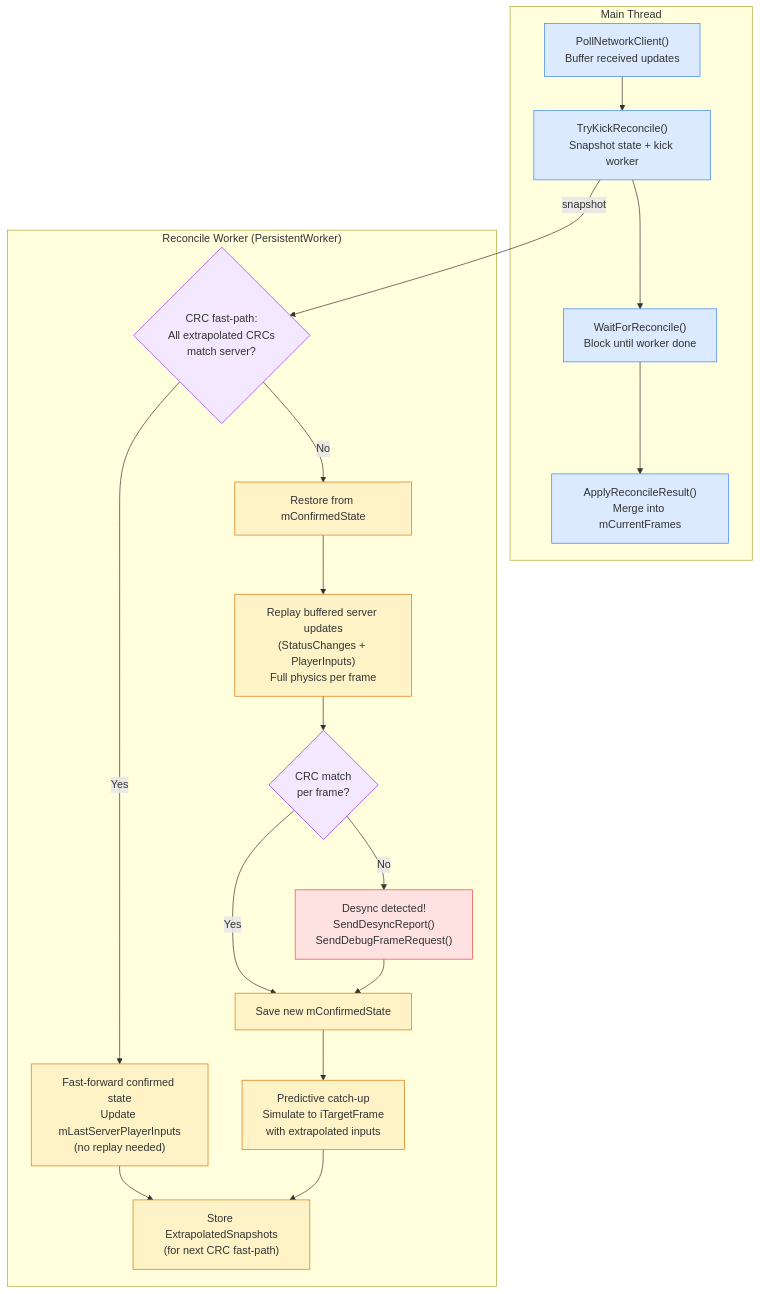
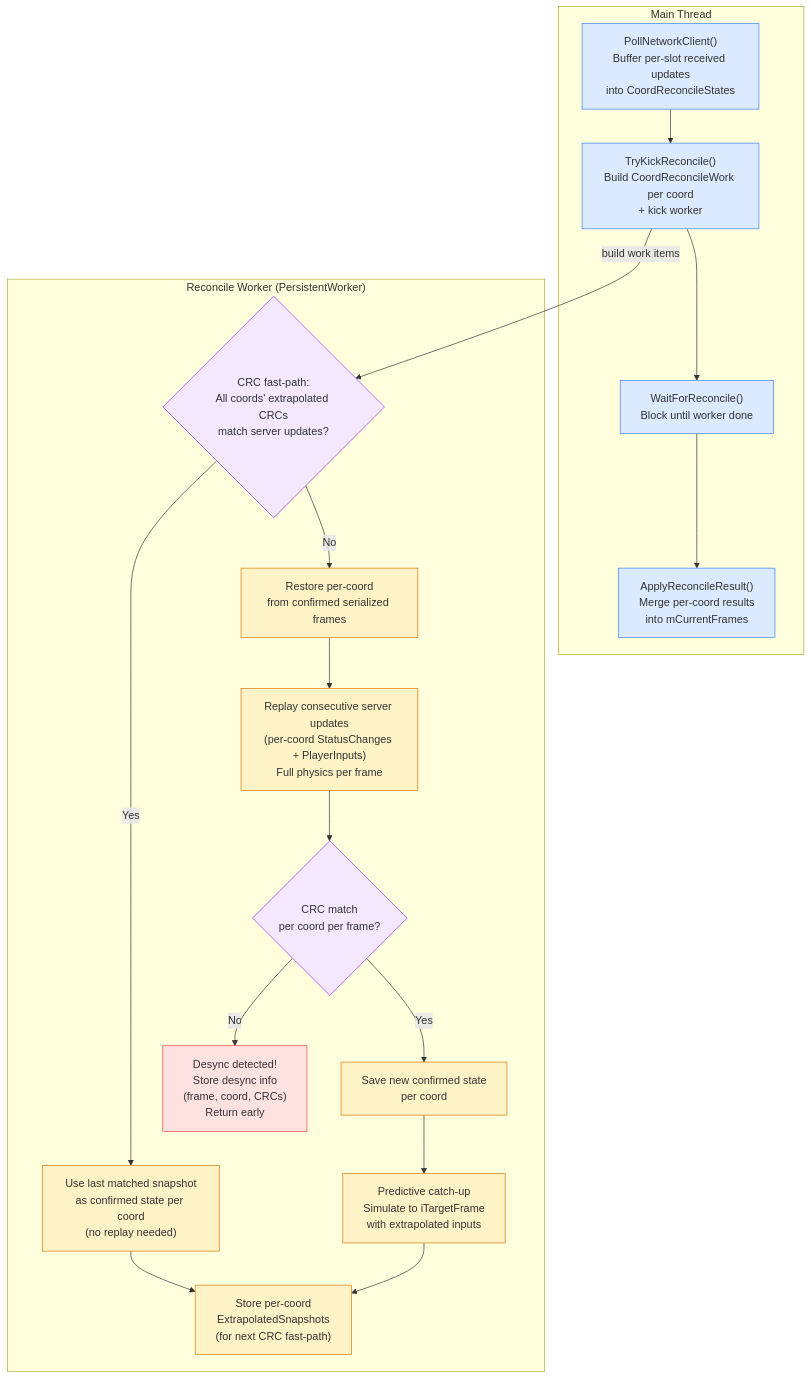
The sixth of 6 diagrams in Documents/Architecture/Network.md (DougTanner/BrokenEnginePublic), drawn with Mermaid before and after one commit. The commit also changed other lines of this file and 23 other files, not shown here.

Commit message:
Independent network Frames

````diff
--- a/Documents/Architecture/Network.md
+++ b/Documents/Architecture/Network.md
@@ -145,38 +176,37 @@
 ```mermaid
 %%{init: {'theme': 'default'}}%%
 flowchart TD
     classDef mainThread fill:#dbeafe,stroke:#3b82f6
     classDef worker fill:#fef3c7,stroke:#d97706
     classDef decision fill:#f3e8ff,stroke:#9333ea
     classDef desync fill:#fee2e2,stroke:#ef4444
 
     subgraph main ["Main Thread"]
-        poll["PollNetworkClient()<br/>Buffer received updates"]:::mainThread
-        kick["TryKickReconcile()<br/>Snapshot state + kick worker"]:::mainThread
+        poll["PollNetworkClient()<br/>Buffer per-slot received updates<br/>into CoordReconcileStates"]:::mainThread
+        kick["TryKickReconcile()<br/>Build CoordReconcileWork per coord<br/>+ kick worker"]:::mainThread
         wait["WaitForReconcile()<br/>Block until worker done"]:::mainThread
-        apply["ApplyReconcileResult()<br/>Merge into mCurrentFrames"]:::mainThread
+        apply["ApplyReconcileResult()<br/>Merge per-coord results<br/>into mCurrentFrames"]:::mainThread
     end
 
     subgraph worker_thread ["Reconcile Worker (PersistentWorker)"]
-        check_crc{"CRC fast-path:<br/>All extrapolated CRCs<br/>match server?"}:::decision
+        check_crc{"CRC fast-path:<br/>All coords' extrapolated CRCs<br/>match server updates?"}:::decision
 
-        fast["Fast-forward confirmed state<br/>Update mLastServerPlayerInputs<br/>(no replay needed)"]:::worker
+        fast["Use last matched snapshot<br/>as confirmed state per coord<br/>(no replay needed)"]:::worker
 
-        restore["Restore from mConfirmedState"]:::worker
-        replay["Replay buffered server updates<br/>(StatusChanges + PlayerInputs)<br/>Full physics per frame"]:::worker
-        validate{"CRC match<br/>per frame?"}:::decision
-        save_confirmed["Save new mConfirmedState"]:::worker
+        restore["Restore per-coord<br/>from confirmed serialized frames"]:::worker
+        replay["Replay consecutive server updates<br/>(per-coord StatusChanges + PlayerInputs)<br/>Full physics per frame"]:::worker
+        validate{"CRC match<br/>per coord per frame?"}:::decision
+        save_confirmed["Save new confirmed state<br/>per coord"]:::worker
         catchup["Predictive catch-up<br/>Simulate to iTargetFrame<br/>with extrapolated inputs"]:::worker
-        snapshot["Store ExtrapolatedSnapshots<br/>(for next CRC fast-path)"]:::worker
+        snapshot["Store per-coord<br/>ExtrapolatedSnapshots<br/>(for next CRC fast-path)"]:::worker
 
-        desync["Desync detected!<br/>SendDesyncReport()<br/>SendDebugFrameRequest()"]:::desync
+        desync["Desync detected!<br/>Store desync info<br/>(frame, coord, CRCs)<br/>Return early"]:::desync
     end
 
     poll --> kick --> wait --> apply
-    kick -->|snapshot| check_crc
+    kick -->|build work items| check_crc
     check_crc -->|Yes| fast --> snapshot
     check_crc -->|No| restore --> replay --> validate
     validate -->|Yes| save_confirmed --> catchup --> snapshot
     validate -->|No| desync
-    desync --> save_confirmed
 ```
````
